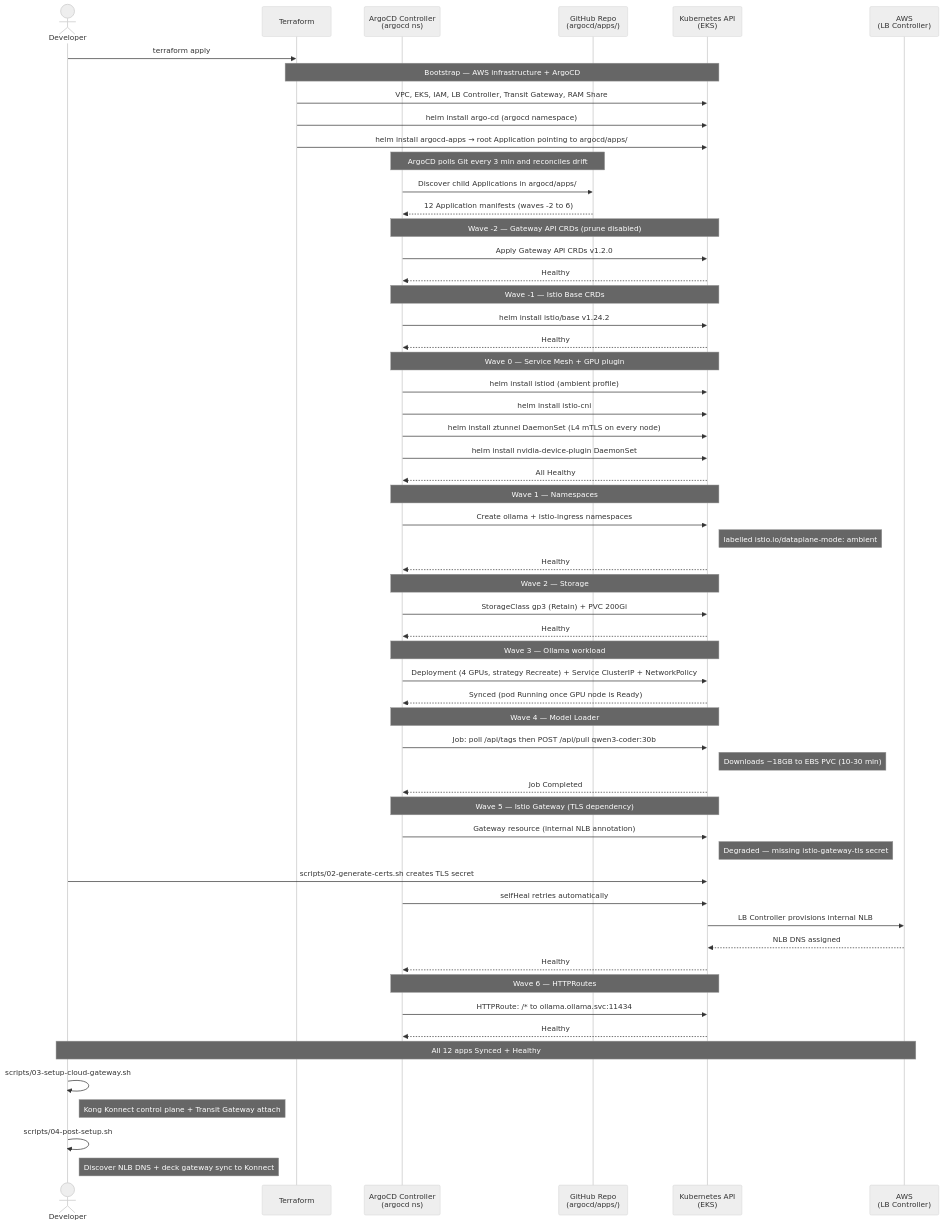
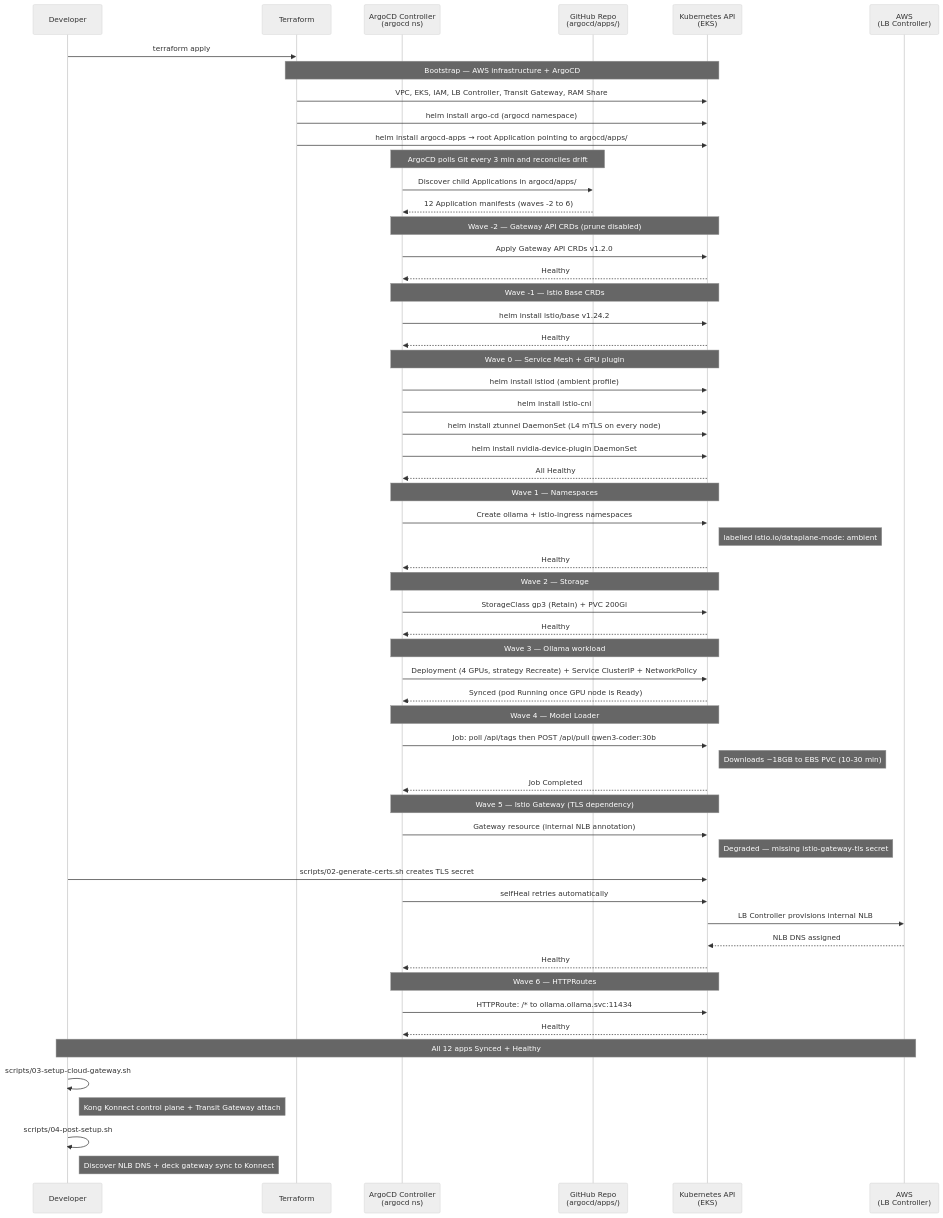
Before and after one commit to shanaka-versent/Ollama-on-EKS: the third of 3 diagrams in README.md, drawn with Mermaid. The commit also changed other lines of this file, not shown here.

Commit message:
docs: fix diagram theme by replacing actor with participant

````diff
--- a/README.md
+++ b/README.md
@@ -474,73 +474,73 @@
 ```mermaid
 %%{init: {'theme': 'neutral', 'themeVariables': {'primaryColor': '#ECECFF', 'primaryBorderColor': '#9370DB', 'lineColor': '#666', 'secondaryColor': '#ffffde'}}}%%
 sequenceDiagram
-    actor Dev as Developer
+    participant Dev as Developer
     participant TF as Terraform
     participant ARGO as ArgoCD Controller<br/>(argocd ns)
     participant GIT as GitHub Repo<br/>(argocd/apps/)
     participant K8S as Kubernetes API<br/>(EKS)
     participant AWS as AWS<br/>(LB Controller)
 
     Dev->>TF: terraform apply
 
     Note over TF,K8S: Bootstrap — AWS infrastructure + ArgoCD
     TF->>K8S: VPC, EKS, IAM, LB Controller, Transit Gateway, RAM Share
     TF->>K8S: helm install argo-cd (argocd namespace)
     TF->>K8S: helm install argocd-apps → root Application pointing to argocd/apps/
 
     Note over ARGO,GIT: ArgoCD polls Git every 3 min and reconciles drift
     ARGO->>GIT: Discover child Applications in argocd/apps/
     GIT-->>ARGO: 12 Application manifests (waves -2 to 6)
 
     Note over ARGO,K8S: Wave -2 — Gateway API CRDs (prune disabled)
     ARGO->>K8S: Apply Gateway API CRDs v1.2.0
     K8S-->>ARGO: Healthy
 
     Note over ARGO,K8S: Wave -1 — Istio Base CRDs
     ARGO->>K8S: helm install istio/base v1.24.2
     K8S-->>ARGO: Healthy
 
     Note over ARGO,K8S: Wave 0 — Service Mesh + GPU plugin
     ARGO->>K8S: helm install istiod (ambient profile)
     ARGO->>K8S: helm install istio-cni
     ARGO->>K8S: helm install ztunnel DaemonSet (L4 mTLS on every node)
     ARGO->>K8S: helm install nvidia-device-plugin DaemonSet
     K8S-->>ARGO: All Healthy
 
     Note over ARGO,K8S: Wave 1 — Namespaces
     ARGO->>K8S: Create ollama + istio-ingress namespaces
     Note right of K8S: labelled istio.io/dataplane-mode: ambient
     K8S-->>ARGO: Healthy
 
     Note over ARGO,K8S: Wave 2 — Storage
     ARGO->>K8S: StorageClass gp3 (Retain) + PVC 200Gi
     K8S-->>ARGO: Healthy
 
     Note over ARGO,K8S: Wave 3 — Ollama workload
     ARGO->>K8S: Deployment (4 GPUs, strategy Recreate) + Service ClusterIP + NetworkPolicy
     K8S-->>ARGO: Synced (pod Running once GPU node is Ready)
 
     Note over ARGO,K8S: Wave 4 — Model Loader
     ARGO->>K8S: Job: poll /api/tags then POST /api/pull qwen3-coder:30b
     Note right of K8S: Downloads ~18GB to EBS PVC (10-30 min)
     K8S-->>ARGO: Job Completed
 
     Note over ARGO,K8S: Wave 5 — Istio Gateway (TLS dependency)
     ARGO->>K8S: Gateway resource (internal NLB annotation)
     Note right of K8S: Degraded — missing istio-gateway-tls secret
     Dev->>K8S: scripts/02-generate-certs.sh creates TLS secret
     ARGO->>K8S: selfHeal retries automatically
     K8S->>AWS: LB Controller provisions internal NLB
     AWS-->>K8S: NLB DNS assigned
     K8S-->>ARGO: Healthy
 
     Note over ARGO,K8S: Wave 6 — HTTPRoutes
     ARGO->>K8S: HTTPRoute: /* to ollama.ollama.svc:11434
     K8S-->>ARGO: Healthy
 
     Note over Dev,AWS: All 12 apps Synced + Healthy
     Dev->>Dev: scripts/03-setup-cloud-gateway.sh
     Note right of Dev: Kong Konnect control plane + Transit Gateway attach
     Dev->>Dev: scripts/04-post-setup.sh
     Note right of Dev: Discover NLB DNS + deck gateway sync to Konnect
 ```
````
